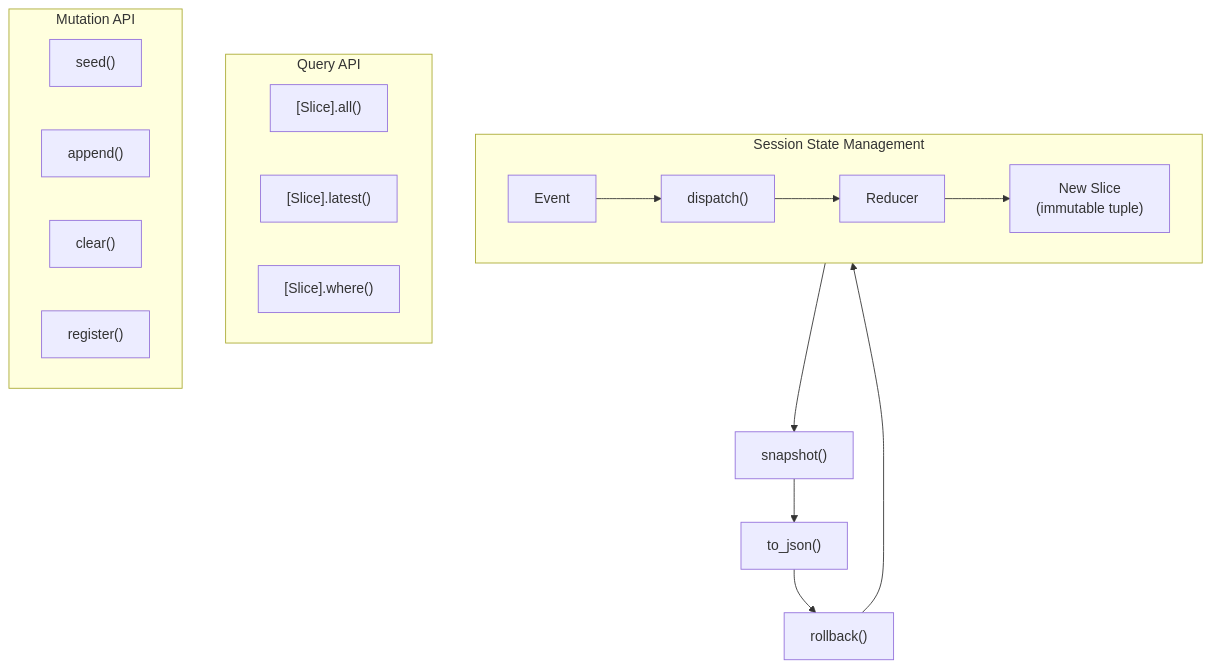
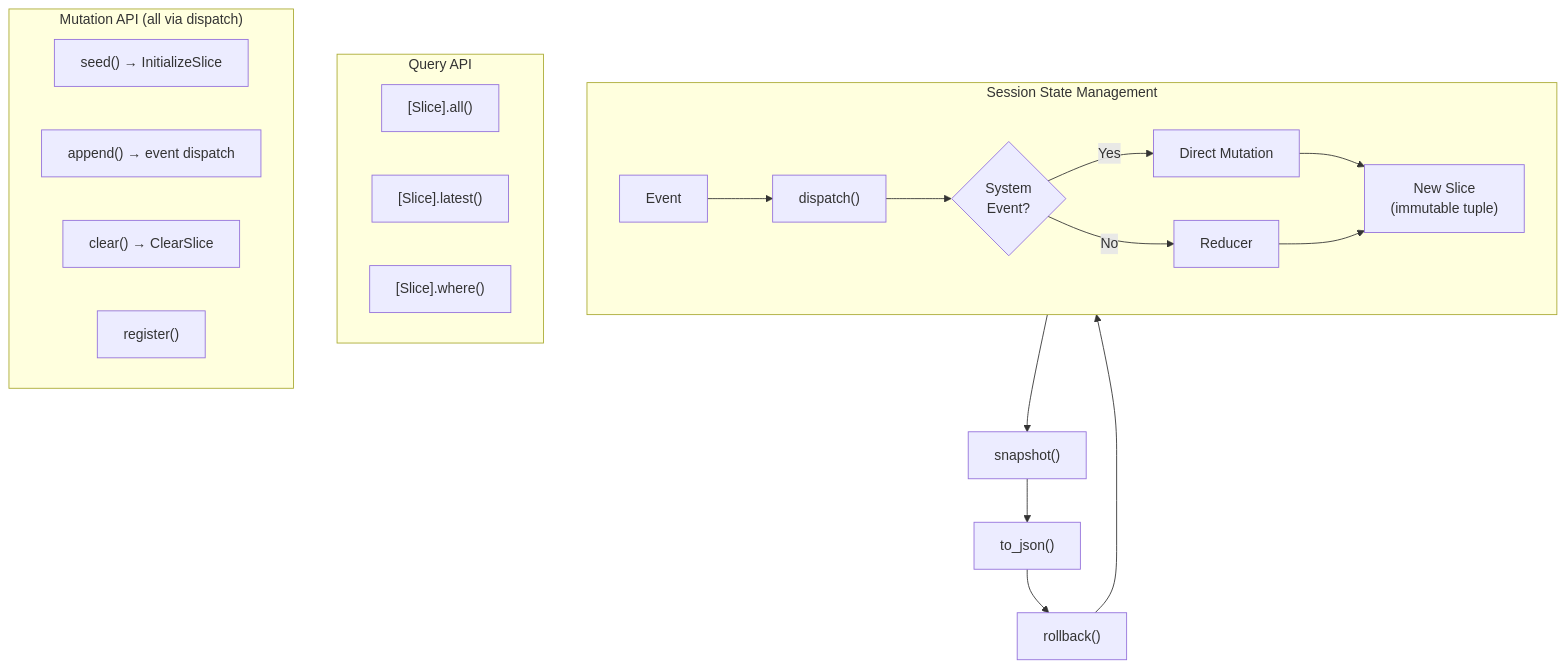
One commit to weakincentives/weakincentives changed the first of 2 diagrams in specs/SESSIONS.md. Above: the diagram before and after it, drawn with Mermaid. The commit also changed other lines of this file and 22 other files, not shown here.

Commit message:
Unify mutation API around dispatch (#680)

````diff
--- a/specs/SESSIONS.md
+++ b/specs/SESSIONS.md
@@ -21,26 +21,29 @@
 ```mermaid
 flowchart TB
     subgraph Session["Session State Management"]
         Event["Event"] --> Dispatch["dispatch()"]
-        Dispatch --> Reducer["Reducer"]
-        Reducer --> NewSlice["New Slice<br/>(immutable tuple)"]
+        Dispatch --> SystemCheck{"System<br/>Event?"}
+        SystemCheck -->|Yes| DirectMutation["Direct Mutation"]
+        SystemCheck -->|No| Reducer["Reducer"]
+        DirectMutation --> NewSlice["New Slice<br/>(immutable tuple)"]
+        Reducer --> NewSlice
     end
 
     subgraph Query["Query API"]
         All["[Slice].all()"]
         Latest["[Slice].latest()"]
         Where["[Slice].where()"]
     end
 
-    subgraph Mutate["Mutation API"]
-        Seed["seed()"]
-        Append["append()"]
-        Clear["clear()"]
+    subgraph Mutate["Mutation API (all via dispatch)"]
+        Seed["seed() → InitializeSlice"]
+        Append["append() → event dispatch"]
+        Clear["clear() → ClearSlice"]
         Register["register()"]
     end
 
     Session --> Snapshot["snapshot()"]
     Snapshot --> JSON["to_json()"]
     JSON --> Restore["rollback()"]
     Restore --> Session
 ```
````
